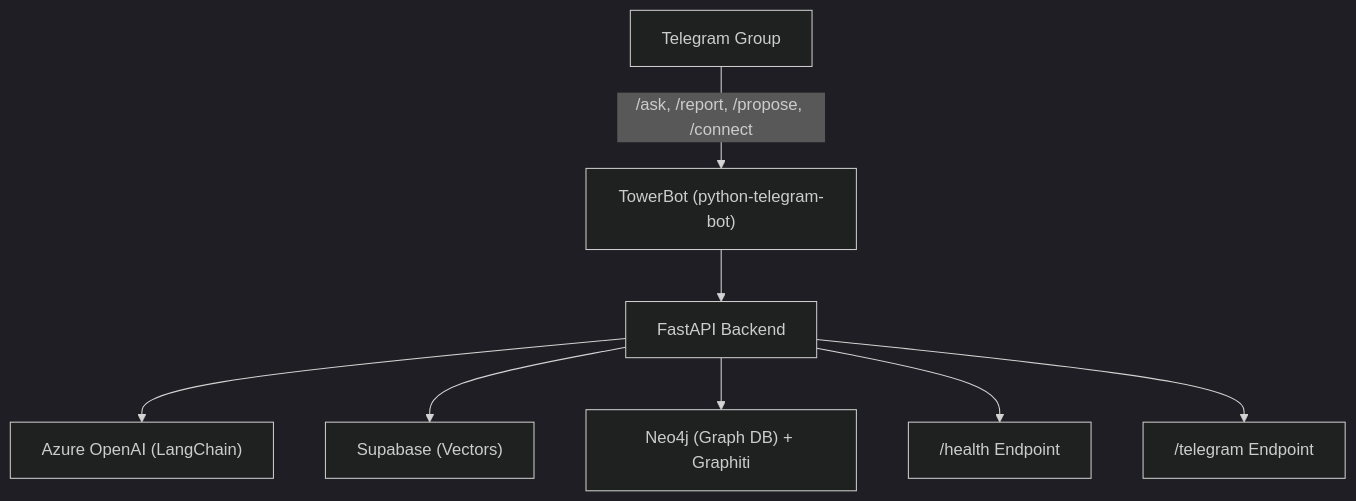
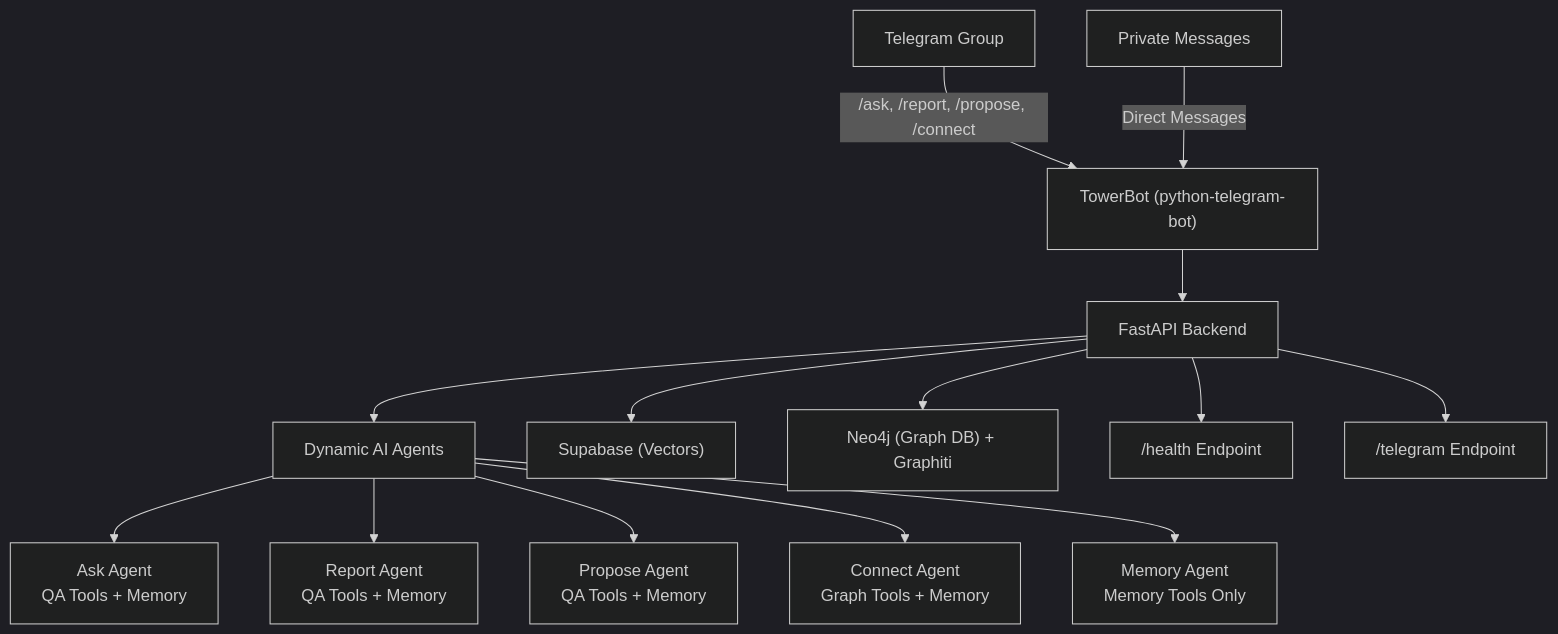
Before and after one commit to frontiertower/towerbot: the second of 2 diagrams in README.md, drawn with Mermaid (dark theme). The commit also changed other lines of this file and 2 other files, not shown here.

First line of the commit message:
Add dynamic agent system and direct message support

````diff
--- a/README.md
+++ b/README.md
@@ -193,10 +226,16 @@
 ```mermaid
 graph TD;
   TG["Telegram Group"] -->|/ask, /report, /propose, /connect| BOT["TowerBot (python-telegram-bot)"]
+  PM["Private Messages"] -->|Direct Messages| BOT
   BOT --> API["FastAPI Backend"]
-  API --> AI["Azure OpenAI (LangChain)"]
+  API --> AI["Dynamic AI Agents"]
+  AI --> AG["Ask Agent<br/>QA Tools + Memory"]
+  AI --> RP["Report Agent<br/>QA Tools + Memory"]
+  AI --> PP["Propose Agent<br/>QA Tools + Memory"]
+  AI --> CN["Connect Agent<br/>Graph Tools + Memory"]
+  AI --> MM["Memory Agent<br/>Memory Tools Only"]
   API --> DB["Supabase (Vectors)"]
   API --> GRAPH["Neo4j (Graph DB) + Graphiti"]
   API --> Health["/health Endpoint"]
   API --> Webhook["/telegram Endpoint"]
 ```
````
